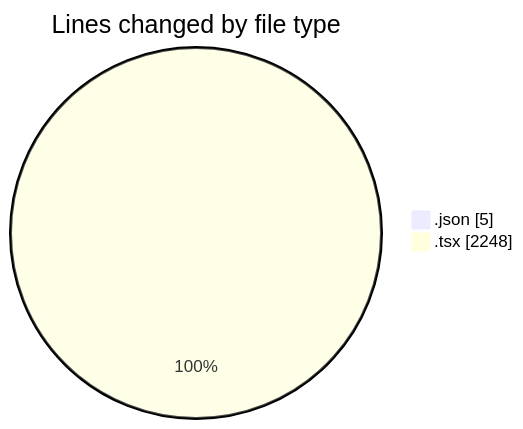
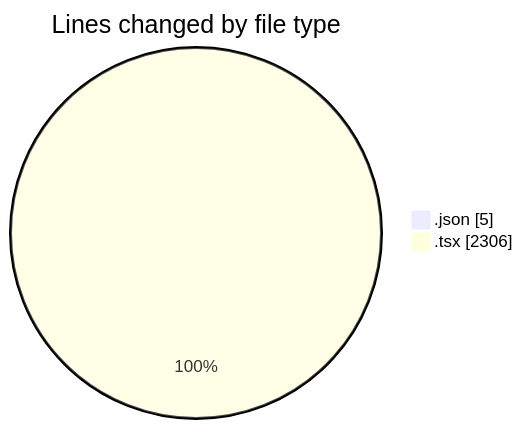
Before and after one commit to Elitesun/code-tracking: the first of 2 diagrams in 2025-05-29/advertise/README.md, drawn with Mermaid. The commit also changed other lines of this file and 1 other file, not shown here.

````diff
--- a/2025-05-29/advertise/README.md
+++ b/2025-05-29/advertise/README.md
@@ -26,6 +26,6 @@
 ```mermaid
 pie showData
 title Lines changed by file type
 ".json" : 5
-".tsx" : 2248
+".tsx" : 2306
 ```
````
